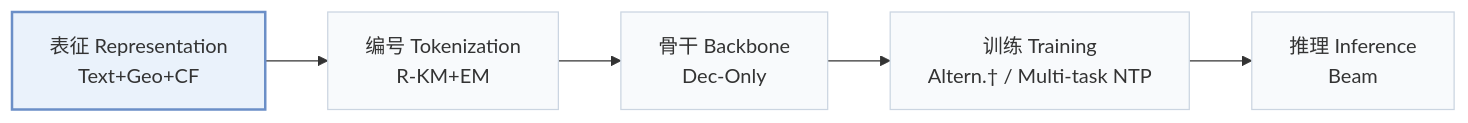
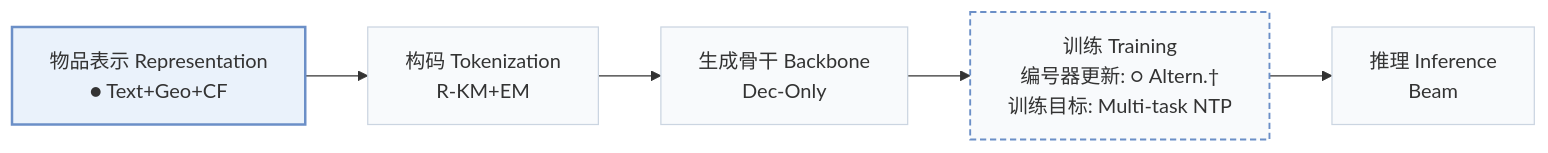
One commit to Galaxy-ghost/Awesome-SID-Generative-Rec changed the first of 3 diagrams in pages/zh/papers/geogr.md. Above: the diagram before and after it, drawn with Mermaid. The commit also changed other lines of this file and 558 other files, not shown here.

````diff
--- a/pages/zh/papers/geogr.md
+++ b/pages/zh/papers/geogr.md
@@ -15,8 +18,10 @@
 ```mermaid
 flowchart LR
-    R["表征 Representation<br/>Text+Geo+CF"] --> T["编号 Tokenization<br/>R-KM+EM"] --> B["骨干 Backbone<br/>Dec-Only"] --> TR["训练 Training<br/>Altern.† / Multi-task NTP"] --> I["推理 Inference<br/>Beam"]
+    R["物品表示 Representation<br/>● Text+Geo+CF"] --> T["构码 Tokenization<br/>R-KM+EM"] --> B["生成骨干 Backbone<br/>Dec-Only"] --> TR["训练 Training<br/>编号器更新: ○ Altern.†<br/>训练目标: Multi-task NTP"] --> I["推理 Inference<br/>Beam"]
     classDef base fill:#f8fafc,stroke:#cbd5e1
     class R,T,B,TR,I base
+    classDef other fill:#f8fafc,stroke:#6b8fc7,stroke-width:1.5px,stroke-dasharray:5 3
+    class TR other
     classDef main fill:#eaf2fb,stroke:#6b8fc7,stroke-width:2px
     class R main
 ```
````
